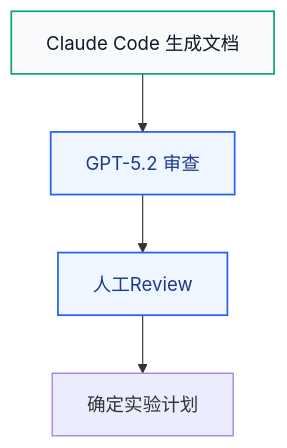
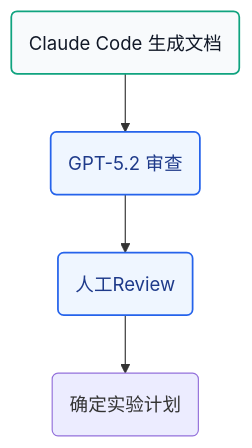
Before and after one commit to yiweinanzi/ai-research-ebook: the third of 5 diagrams in src/content/docs/tools/workflow.mdx, drawn with Mermaid. The commit also changed other lines of this file and 12 other files, not shown here.

First line of the commit message:
fix: Mermaid diagrams - remove Chinese punctuation parsing issues

````diff
--- a/src/content/docs/tools/workflow.mdx
+++ b/src/content/docs/tools/workflow.mdx
@@ -85,11 +89,13 @@
 ```mermaid
 flowchart TD
-    A[Claude Code 生成文档] --> B[GPT-5.2 审查]
-    B --> C[人工Review]
-    C --> D[确定实验计划]
+    A(Claude Code 生成文档) --> B(GPT-5.2 审查)
+    B --> C(人工Review)
+    C --> D(确定实验计划)
 
     classDef review fill:#f8fafc,stroke:#10a37f,stroke-width:1.5px,color:#111827
     classDef audit fill:#eff6ff,stroke:#2563eb,stroke-width:1.5px,color:#1e3a8a
     class A review
     class B,C audit
+
+
 ```
````
